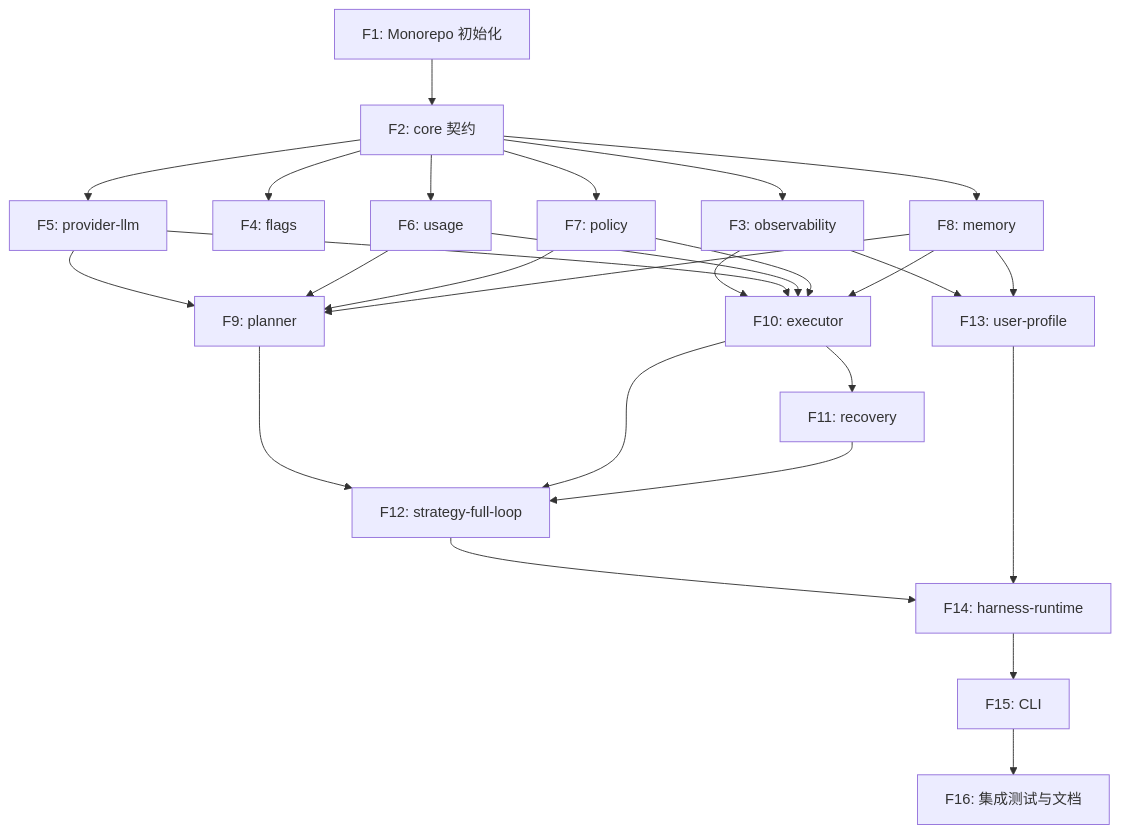
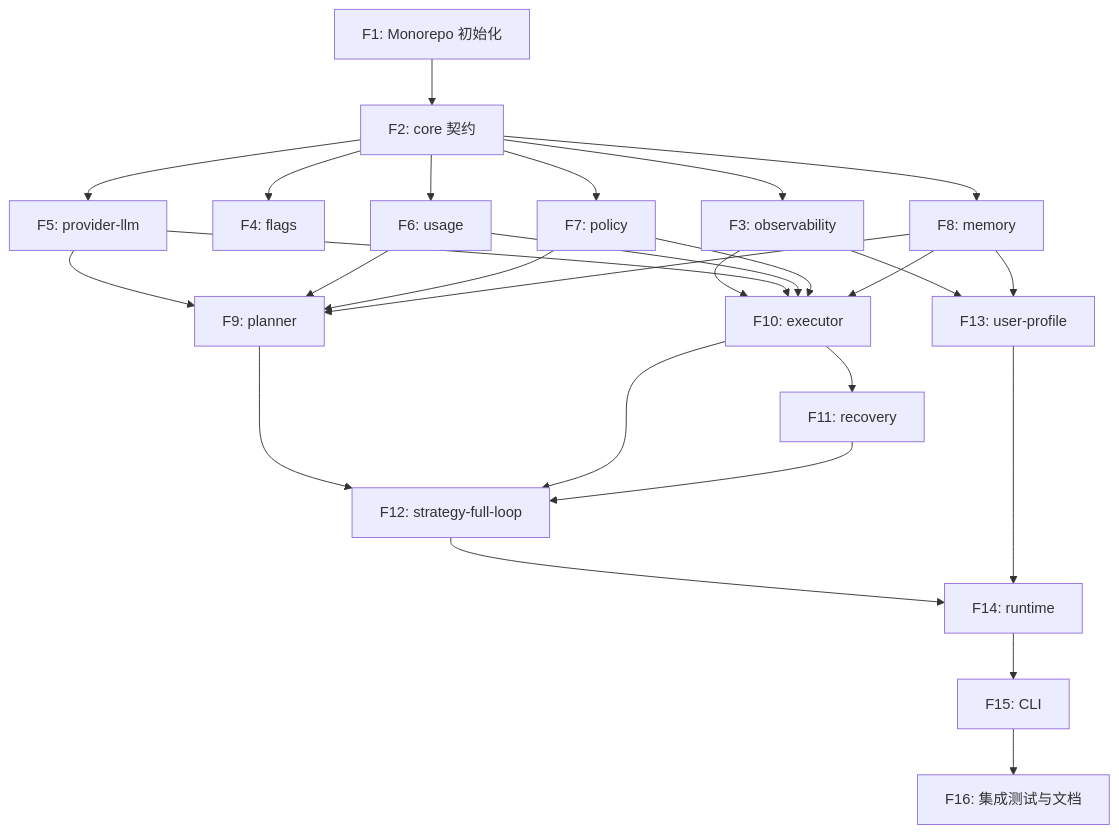
The diagram in docs/执行计划.md (BruceChar/mazi), drawn with Mermaid before and after one commit. The commit also changed other lines of this file and 7 other files, not shown here.

Commit message:
replace harness-runtime

````diff
--- a/docs/执行计划.md
+++ b/docs/执行计划.md
@@ -110,29 +111,29 @@
 ```mermaid
 graph TD
     F1[F1: Monorepo 初始化] --> F2[F2: core 契约]
     F2 --> F3[F3: observability]
     F2 --> F4[F4: flags]
     F2 --> F5[F5: provider-llm]
     F2 --> F6[F6: usage]
     F2 --> F7[F7: policy]
     F2 --> F8[F8: memory]
     F5 --> F9[F9: planner]
     F6 --> F9
     F7 --> F9
     F8 --> F9
     F3 --> F10[F10: executor]
     F5 --> F10
     F6 --> F10
     F7 --> F10
     F8 --> F10
     F10 --> F11[F11: recovery]
     F9 --> F12[F12: strategy-full-loop]
     F10 --> F12
     F11 --> F12
     F3 --> F13[F13: user-profile]
     F8 --> F13
-    F12 --> F14[F14: harness-runtime]
+    F12 --> F14[F14: runtime]
     F13 --> F14
     F14 --> F15[F15: CLI]
     F15 --> F16[F16: 集成测试与文档]
 ```
````
